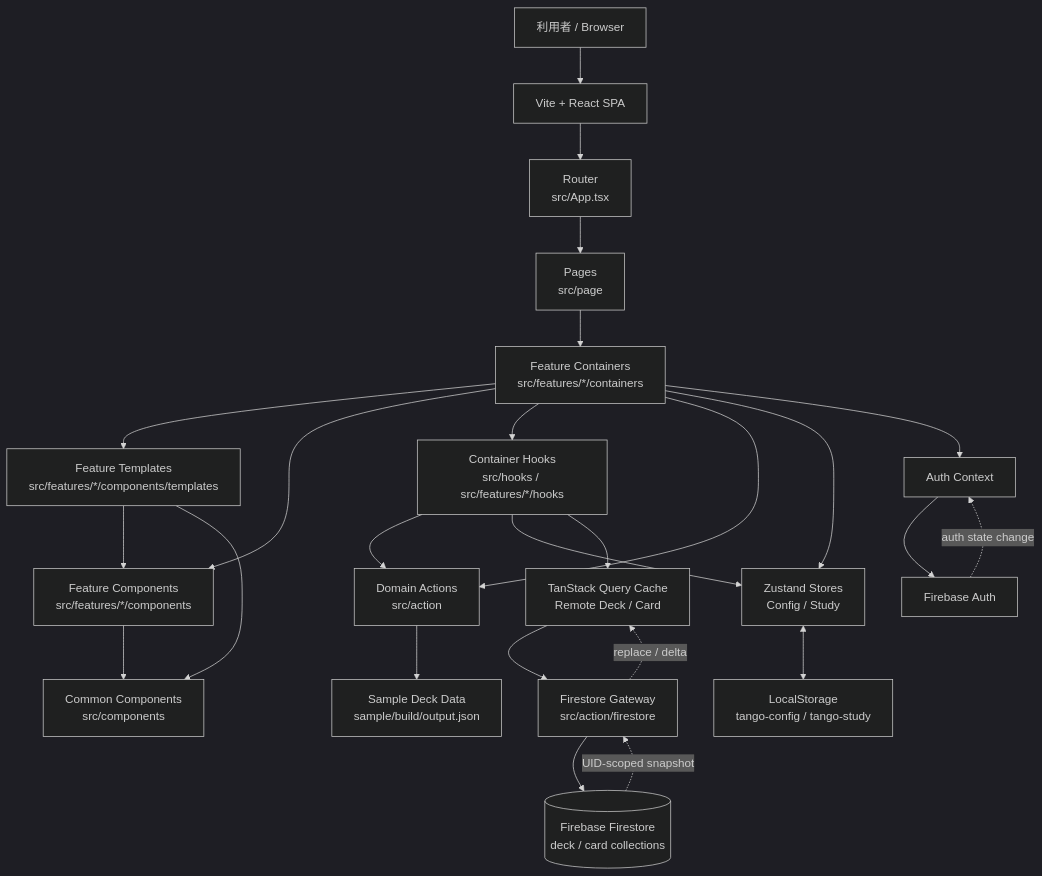
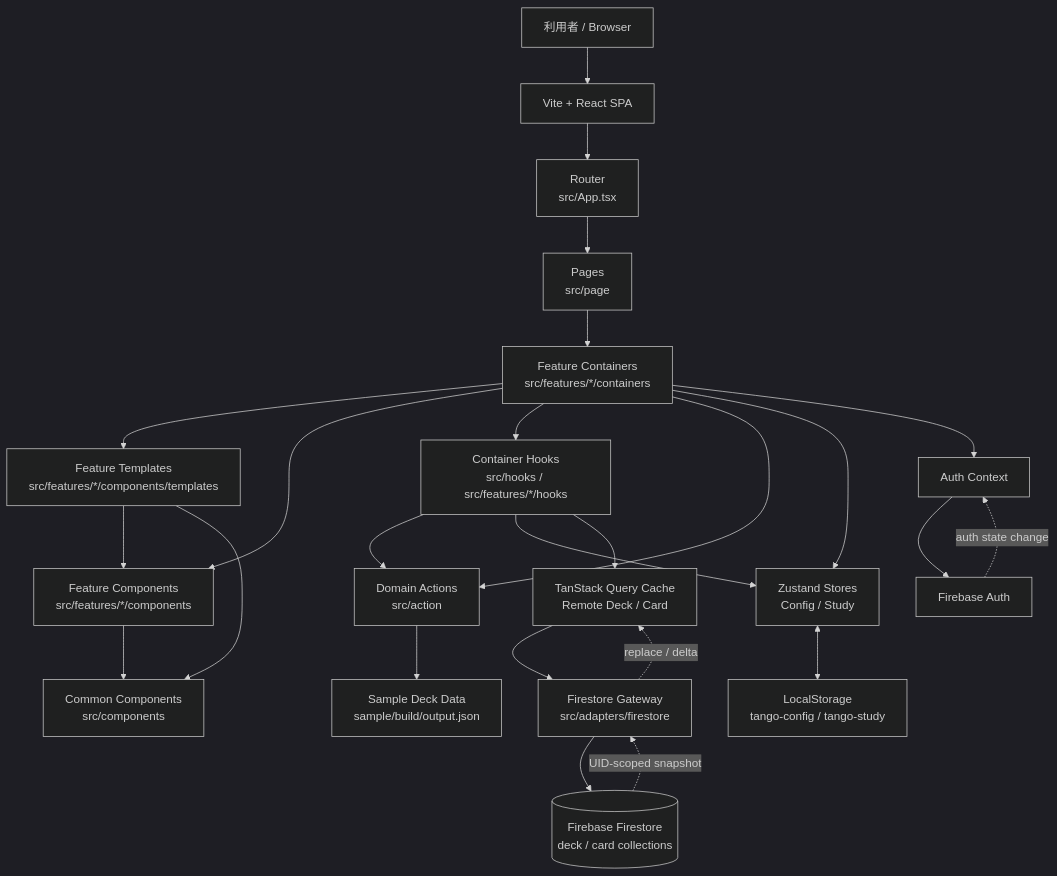
The diagram in docs/architecture.md (her0e1c1/tango), drawn with Mermaid (dark theme) before and after one commit. The commit also changed other lines of this file and 46 other files, not shown here.

````diff
--- a/docs/architecture.md
+++ b/docs/architecture.md
@@ -3,28 +3,28 @@
 ```mermaid
 flowchart TD
     U[利用者 / Browser] --> V[Vite + React SPA]
     V --> R[Router<br/>src/App.tsx]
     R --> P[Pages<br/>src/page]
     P --> C[Feature Containers<br/>src/features/*/containers]
     C --> T[Feature Templates<br/>src/features/*/components/templates]
     C --> FC[Feature Components<br/>src/features/*/components]
     T --> FC
     T --> SC[Common Components<br/>src/components]
     FC --> SC
 
     C --> H[Container Hooks<br/>src/hooks / src/features/*/hooks]
     C --> A[Domain Actions<br/>src/action]
     H --> A
     C --> Z[Zustand Stores<br/>Config / Study]
     H --> Z
     Z <--> L[LocalStorage<br/>tango-config / tango-study]
     A --> I[Sample Deck Data<br/>sample/build/output.json]
     C --> AC[Auth Context]
     AC --> AU[Firebase Auth]
     H --> Q[TanStack Query Cache<br/>Remote Deck / Card]
-    Q --> F[Firestore Gateway<br/>src/action/firestore]
+    Q --> F[Firestore Gateway<br/>src/adapters/firestore]
     F --> DB[(Firebase Firestore<br/>deck / card collections)]
     AU -. auth state change .-> AC
     DB -. UID-scoped snapshot .-> F
     F -. replace / delta .-> Q
 ```
````
